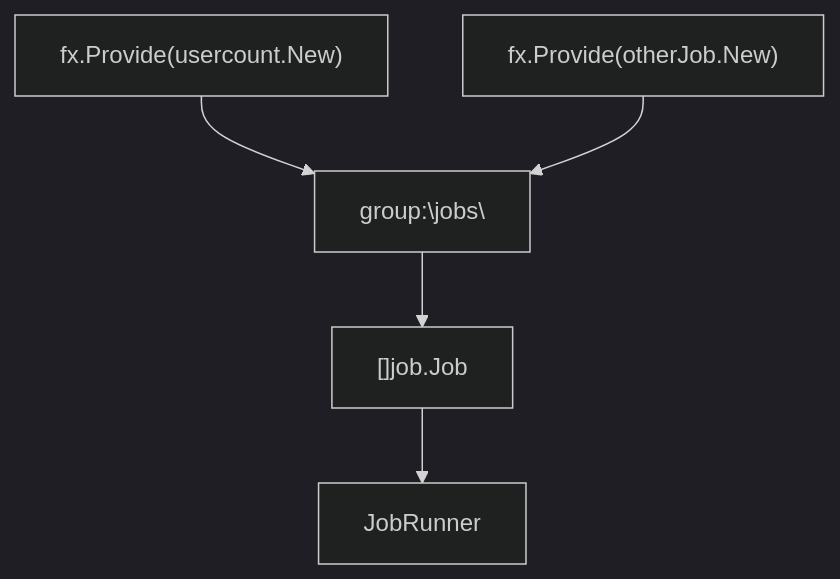
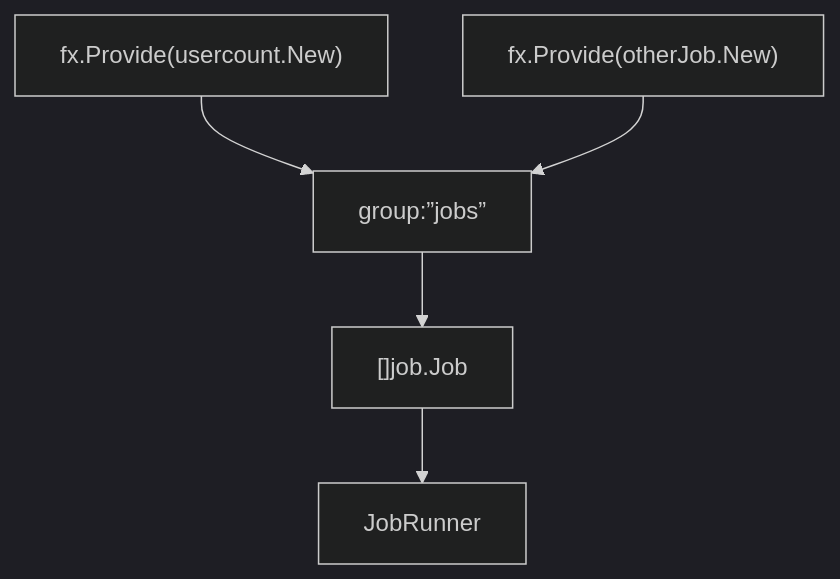
The ninth of 9 diagrams in internal/controller/job/README.md (Tomy-ch/go-boilerplate), drawn with Mermaid (dark theme) before and after one commit. The commit also changed other lines of this file and 970 other files, not shown here.

````diff
--- a/internal/controller/job/README.md
+++ b/internal/controller/job/README.md
@@ -366,16 +366,16 @@
 ```mermaid
 flowchart TB
     %% sample-api:replace-begin
     A["fx.Provide(usercount.New)"]
     %% sample-api:replace-with
     %% = A["fx.Provide(someJob.New)"]
     %% sample-api:replace-end
     B["fx.Provide(otherJob.New)"]
-    Group["group:\"jobs\""]
+    Group["group:”jobs”"]
     Jobs["[]job.Job"]
     Runner["JobRunner"]
 
     A --> Group
     B --> Group
     Group --> Jobs --> Runner
 ```
````
